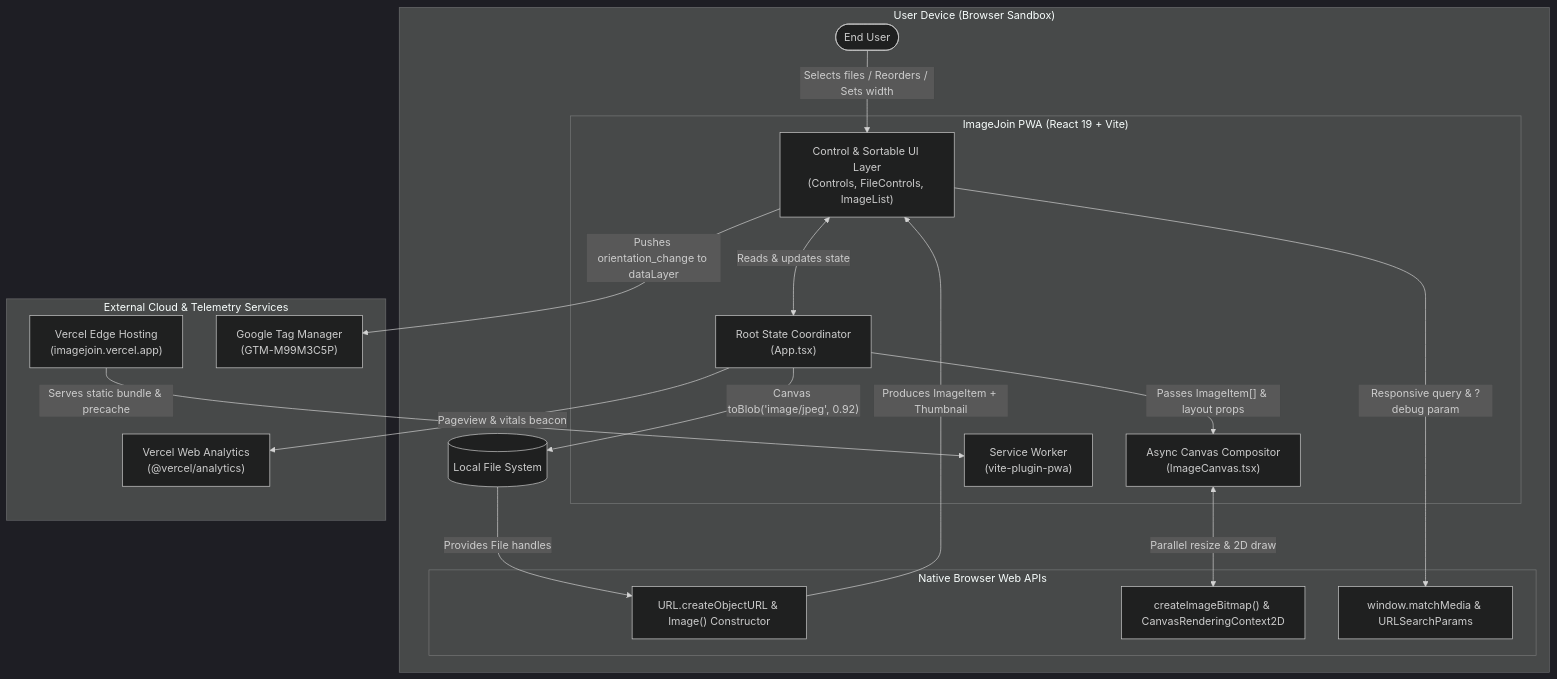
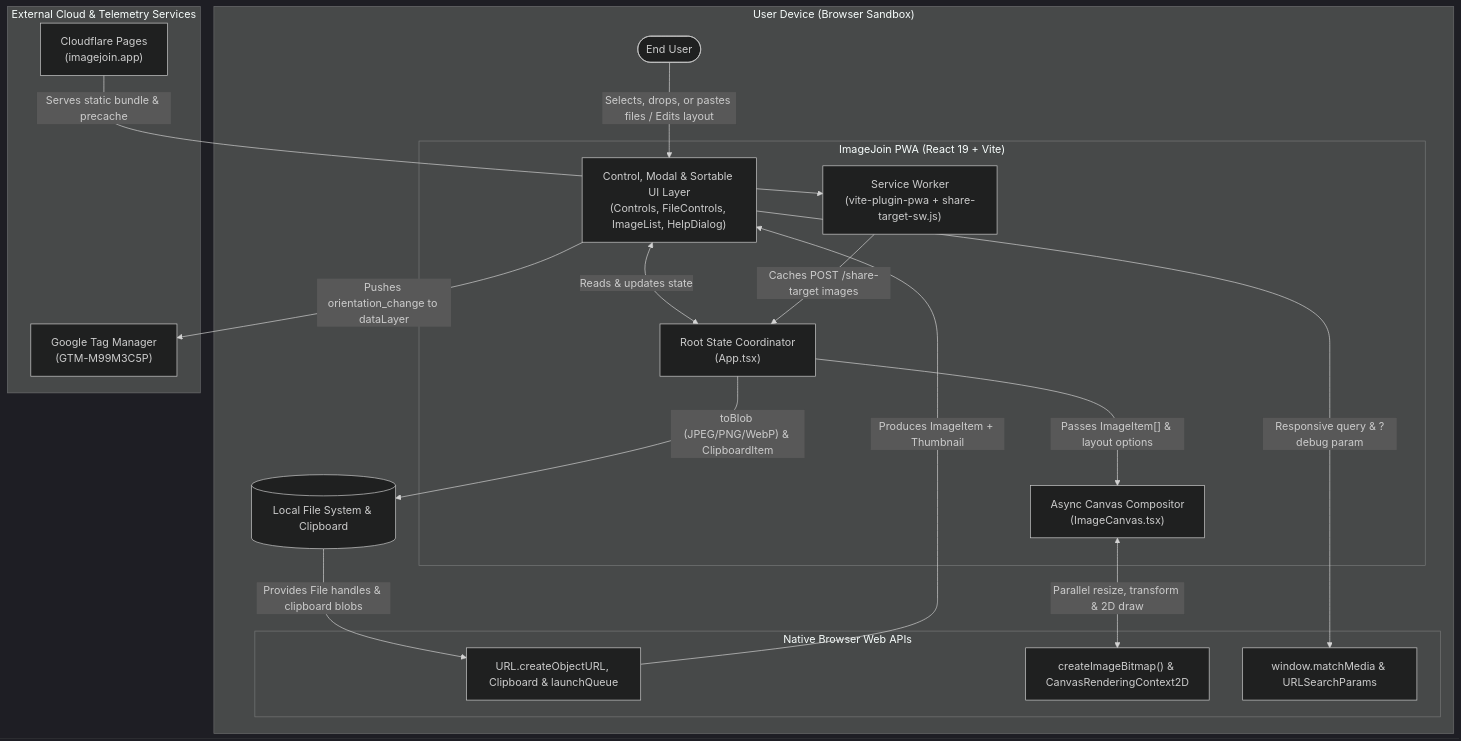
The first of 4 diagrams in ARCHITECTURE.md (samliburd/imagejoin-react), drawn with Mermaid (dark theme) before and after one commit. The commit also changed other lines of this file and 24 other files, not shown here.

Commit message:
Add layout/export/PWA features, migrate to imagejoin.app, and upgrade deps

````diff
--- a/ARCHITECTURE.md
+++ b/ARCHITECTURE.md
@@ -102,38 +106,37 @@
 ```mermaid
 flowchart TB
     subgraph UserDevice["User Device (Browser Sandbox)"]
         User(["End User"])
-        LocalFS[("Local File System")]
+        LocalFS[("Local File System & Clipboard")]
 
         subgraph ImageJoinSPA["ImageJoin PWA (React 19 + Vite)"]
-            UI["Control & Sortable UI Layer\n(Controls, FileControls, ImageList)"]
+            UI["Control, Modal & Sortable UI Layer\n(Controls, FileControls, ImageList, HelpDialog)"]
             State["Root State Coordinator\n(App.tsx)"]
             CanvasEngine["Async Canvas Compositor\n(ImageCanvas.tsx)"]
-            SW["Service Worker\n(vite-plugin-pwa)"]
+            SW["Service Worker\n(vite-plugin-pwa + share-target-sw.js)"]
         end
 
         subgraph BrowserAPIs["Native Browser Web APIs"]
-            ObjectURLAPI["URL.createObjectURL & Image() Constructor"]
+            ObjectURLAPI["URL.createObjectURL, Clipboard & launchQueue"]
             BitmapAPI["createImageBitmap() & CanvasRenderingContext2D"]
             MatchMediaAPI["window.matchMedia & URLSearchParams"]
         end
     end
 
     subgraph ExternalServices["External Cloud & Telemetry Services"]
-        VercelCDN["Vercel Edge Hosting\n(imagejoin.vercel.app)"]
-        VercelAnalytics["Vercel Web Analytics\n(@vercel/analytics)"]
+        CloudflarePages["Cloudflare Pages\n(imagejoin.app)"]
         GTM["Google Tag Manager\n(GTM-M99M3C5P)"]
     end
 
-    User -->|"Selects files / Reorders / Sets width"| UI
-    LocalFS -->|"Provides File handles"| ObjectURLAPI
+    User -->|"Selects, drops, or pastes files / Edits layout"| UI
+    LocalFS -->|"Provides File handles & clipboard blobs"| ObjectURLAPI
     ObjectURLAPI -->|"Produces ImageItem + Thumbnail"| UI
     UI <-->|"Reads & updates state"| State
-    State -->|"Passes ImageItem[] & layout props"| CanvasEngine
-    CanvasEngine <-->|"Parallel resize & 2D draw"| BitmapAPI
-    State -->|"Canvas toBlob('image/jpeg', 0.92)"| LocalFS
+    State -->|"Passes ImageItem[] & layout options"| CanvasEngine
+    CanvasEngine <-->|"Parallel resize, transform & 2D draw"| BitmapAPI
+    State -->|"toBlob (JPEG/PNG/WebP) & ClipboardItem"| LocalFS
     UI -->|"Responsive query & ?debug param"| MatchMediaAPI
-    VercelCDN -->|"Serves static bundle & precache"| SW
-    State -->|"Pageview & vitals beacon"| VercelAnalytics
+    CloudflarePages -->|"Serves static bundle & precache"| SW
+    SW -->|"Caches POST /share-target images"| State
     UI -->|"Pushes orientation_change to dataLayer"| GTM
 ```
````
